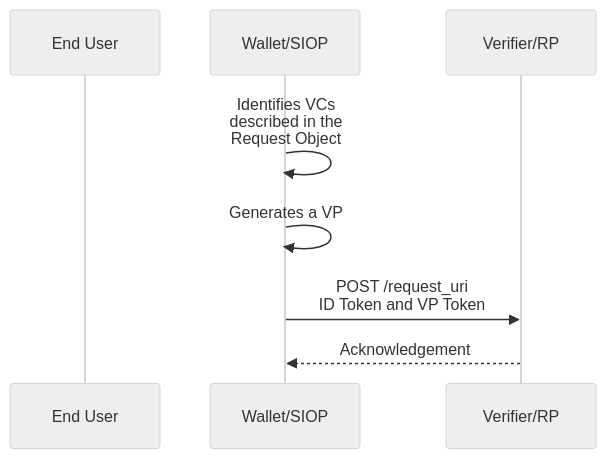
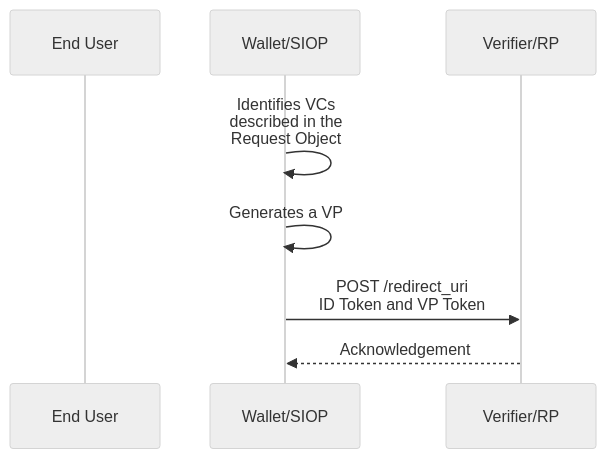
One commit to decentralized-identity/jwt-vc-presentation-profile changed the third of 3 diagrams in spec/spec.md. Above: the diagram before and after it, drawn with Mermaid (neutral theme). The commit also changed 1 other file, not shown here.

Commit message:
fix typo in sequence diagram

````diff
--- a/spec/spec.md
+++ b/spec/spec.md
@@ -126,10 +126,10 @@
 ```mermaid
 sequenceDiagram
   participant user as End User
   participant siop as Wallet/SIOP
   participant rp as Verifier/RP
   siop ->> siop: Identifies VCs<br>described in the<br>Request Object
   siop ->> siop: Generates a VP
-  siop ->> rp: POST /request_uri<br>ID Token and VP Token
+  siop ->> rp: POST /redirect_uri<br>ID Token and VP Token
   rp -->> siop: Acknowledgement
 ```
````
